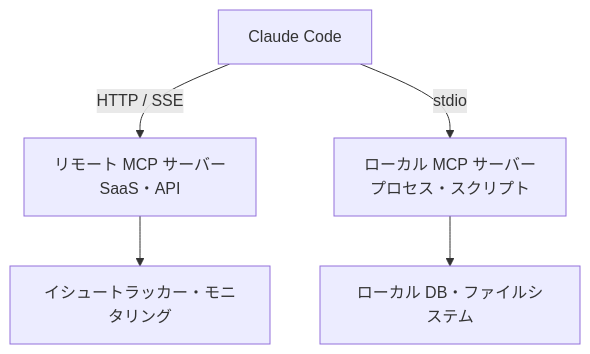
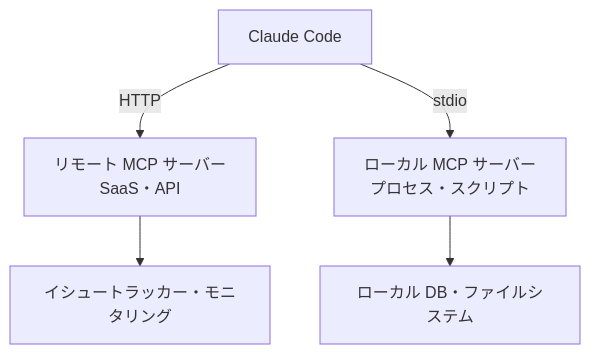
Before and after one commit to modu-ai/moai-adk: the diagram in docs-site/content/ja/claude-code/extensibility/mcp.md, drawn with Mermaid. The commit also changed other lines of this file and 395 other files, not shown here.

````diff
--- a/docs-site/content/ja/claude-code/extensibility/mcp.md
+++ b/docs-site/content/ja/claude-code/extensibility/mcp.md
@@ -43,8 +43,8 @@
 ```mermaid
 flowchart TD
     CC[Claude Code]
-    CC -->|HTTP / SSE| Remote[リモート MCP サーバー<br>SaaS・API]
+    CC -->|HTTP| Remote[リモート MCP サーバー<br>SaaS・API]
     CC -->|stdio| Local[ローカル MCP サーバー<br>プロセス・スクリプト]
     Remote --> Ext1[イシュートラッカー・モニタリング]
     Local --> Ext2[ローカル DB・ファイルシステム]
 ```
````
